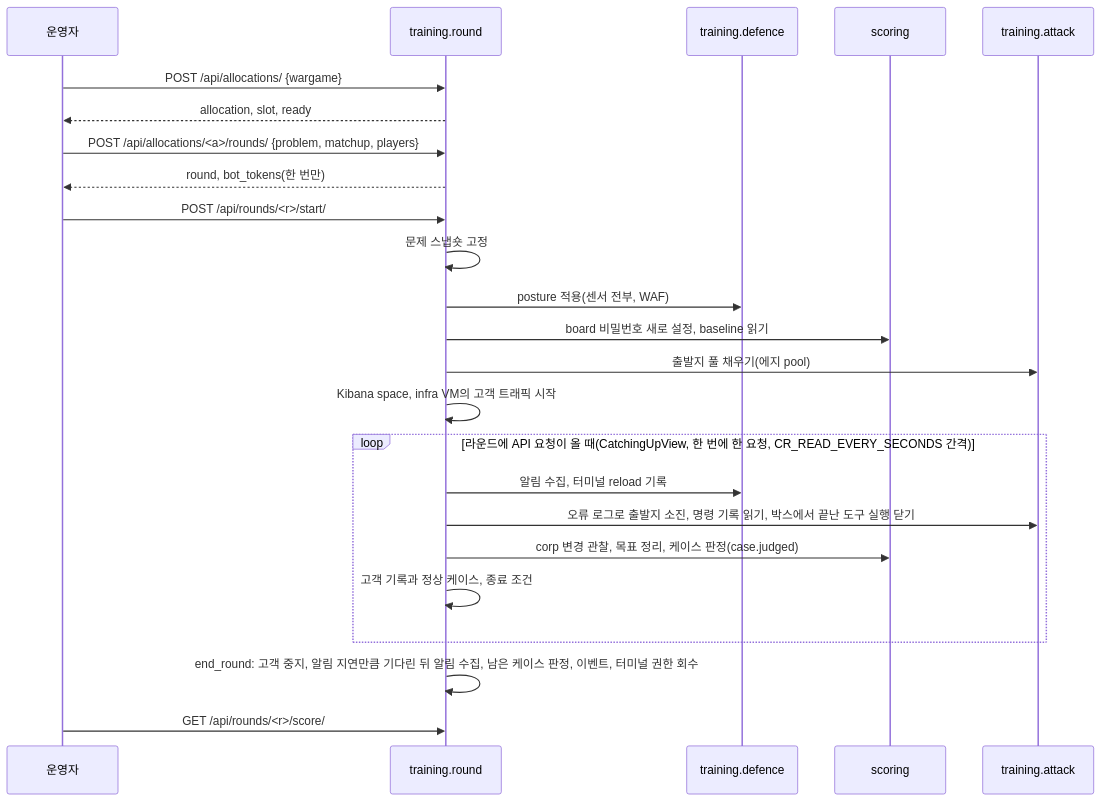
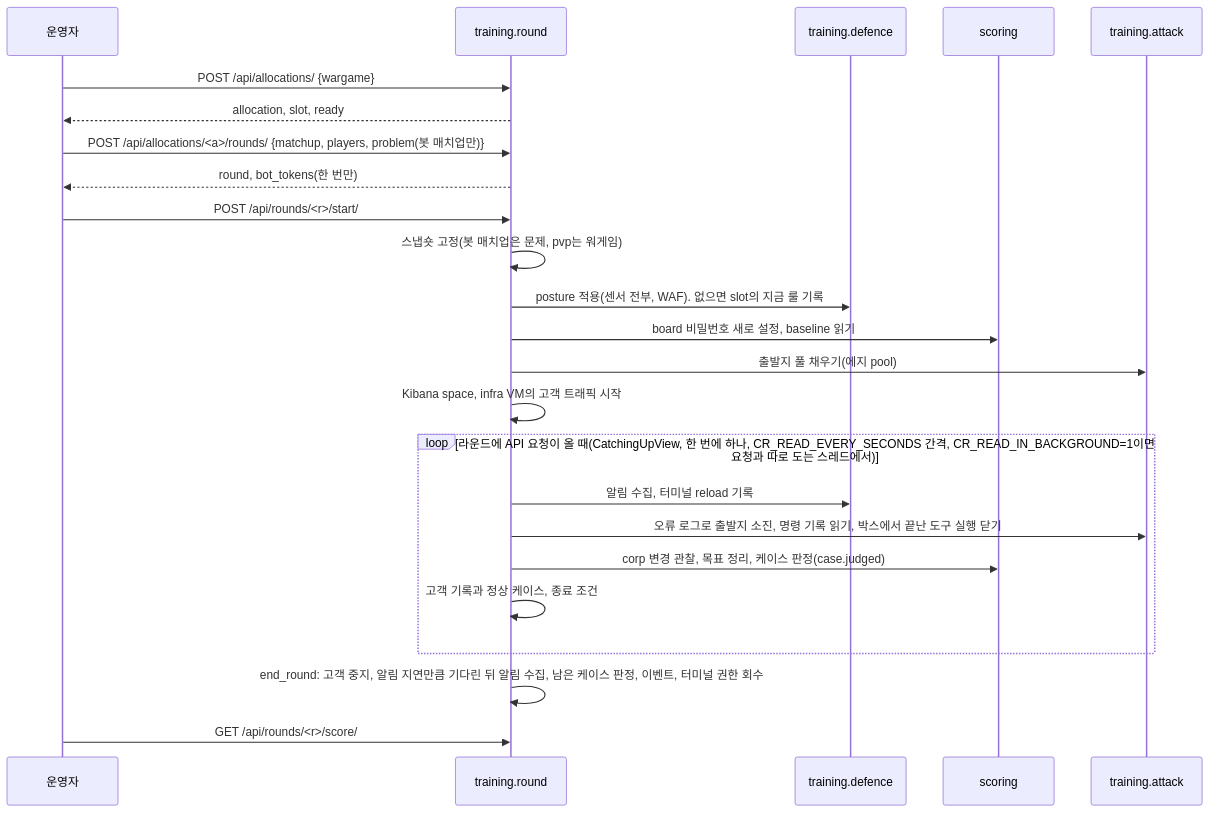
One commit to Nekonic/fsl-project-mvp changed the diagram in docs/ARCHITECTURE.md. Above: the diagram before and after it, drawn with Mermaid. The commit also changed other lines of this file and 9 other files, not shown here.

First line of the commit message:
Docs match the tree: English terms in English, pvp rounds without a problem, threat model rewritten, specs in docs/specs/

````diff
--- a/docs/ARCHITECTURE.md
+++ b/docs/ARCHITECTURE.md
@@ -272,26 +272,26 @@
 ```mermaid
 sequenceDiagram
   participant O as 운영자
   participant R as training.round
   participant D as training.defence
   participant S as scoring
   participant A as training.attack
   O->>R: POST /api/allocations/ {wargame}
   R-->>O: allocation, slot, ready
-  O->>R: POST /api/allocations/<a>/rounds/ {problem, matchup, players}
+  O->>R: POST /api/allocations/<a>/rounds/ {matchup, players, problem(봇 매치업만)}
   R-->>O: round, bot_tokens(한 번만)
   O->>R: POST /api/rounds/<r>/start/
-  R->>R: 문제 스냅숏 고정
-  R->>D: posture 적용(센서 전부, WAF)
+  R->>R: 스냅숏 고정(봇 매치업은 문제, pvp는 워게임)
+  R->>D: posture 적용(센서 전부, WAF). 없으면 slot의 지금 룰 기록
   R->>S: board 비밀번호 새로 설정, baseline 읽기
   R->>A: 출발지 풀 채우기(에지 pool)
   R->>R: Kibana space, infra VM의 고객 트래픽 시작
-  loop 라운드에 API 요청이 올 때(CatchingUpView, 한 번에 한 요청, CR_READ_EVERY_SECONDS 간격)
+  loop 라운드에 API 요청이 올 때(CatchingUpView, 한 번에 하나, CR_READ_EVERY_SECONDS 간격, CR_READ_IN_BACKGROUND=1이면 요청과 따로 도는 스레드에서)
     R->>D: 알림 수집, 터미널 reload 기록
     R->>A: 오류 로그로 출발지 소진, 명령 기록 읽기, 박스에서 끝난 도구 실행 닫기
     R->>S: corp 변경 관찰, 목표 정리, 케이스 판정(case.judged)
     R->>R: 고객 기록과 정상 케이스, 종료 조건
   end
   R->>R: end_round: 고객 중지, 알림 지연만큼 기다린 뒤 알림 수집, 남은 케이스 판정, 이벤트, 터미널 권한 회수
   O->>R: GET /api/rounds/<r>/score/
 ```
````
